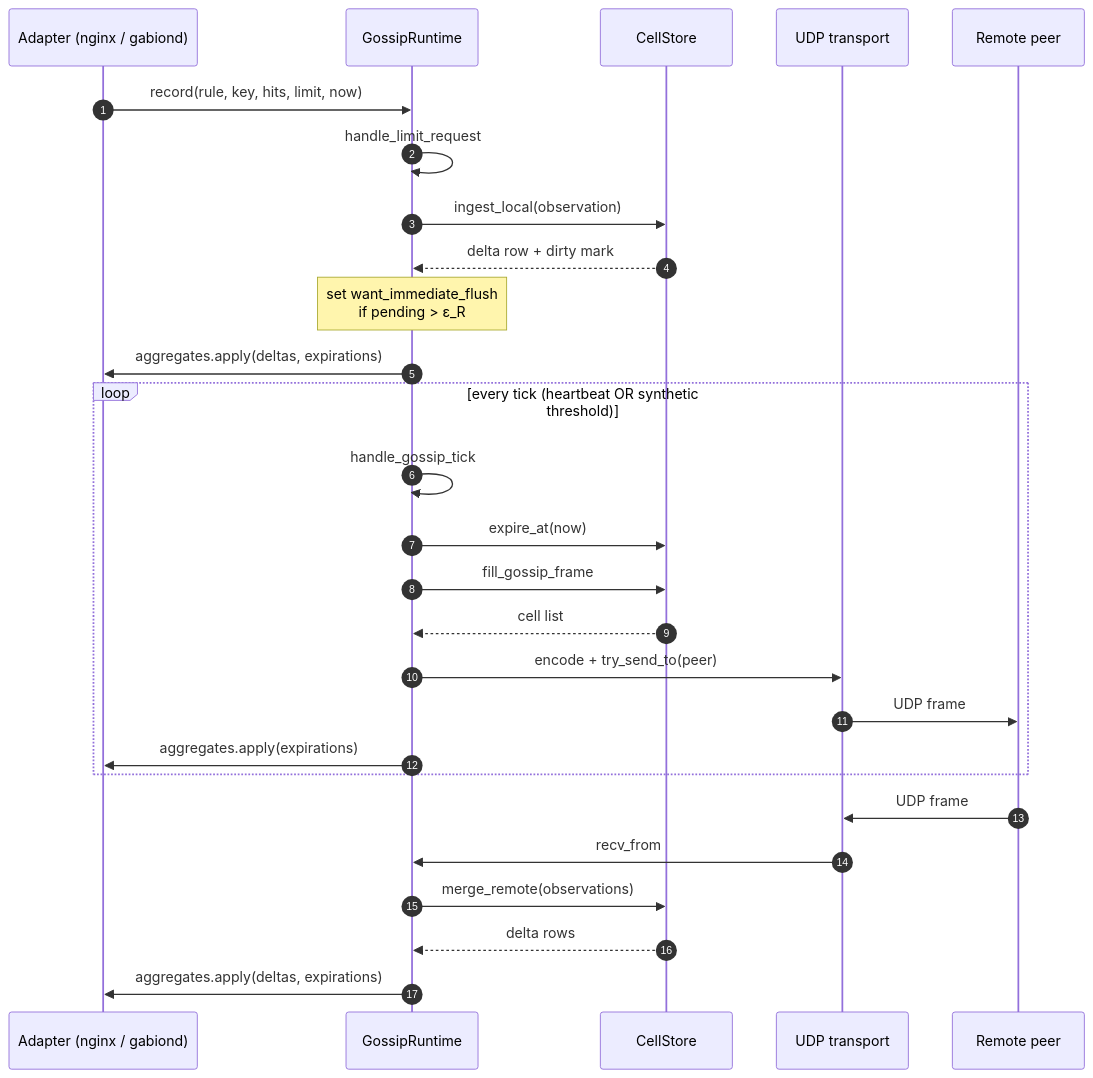
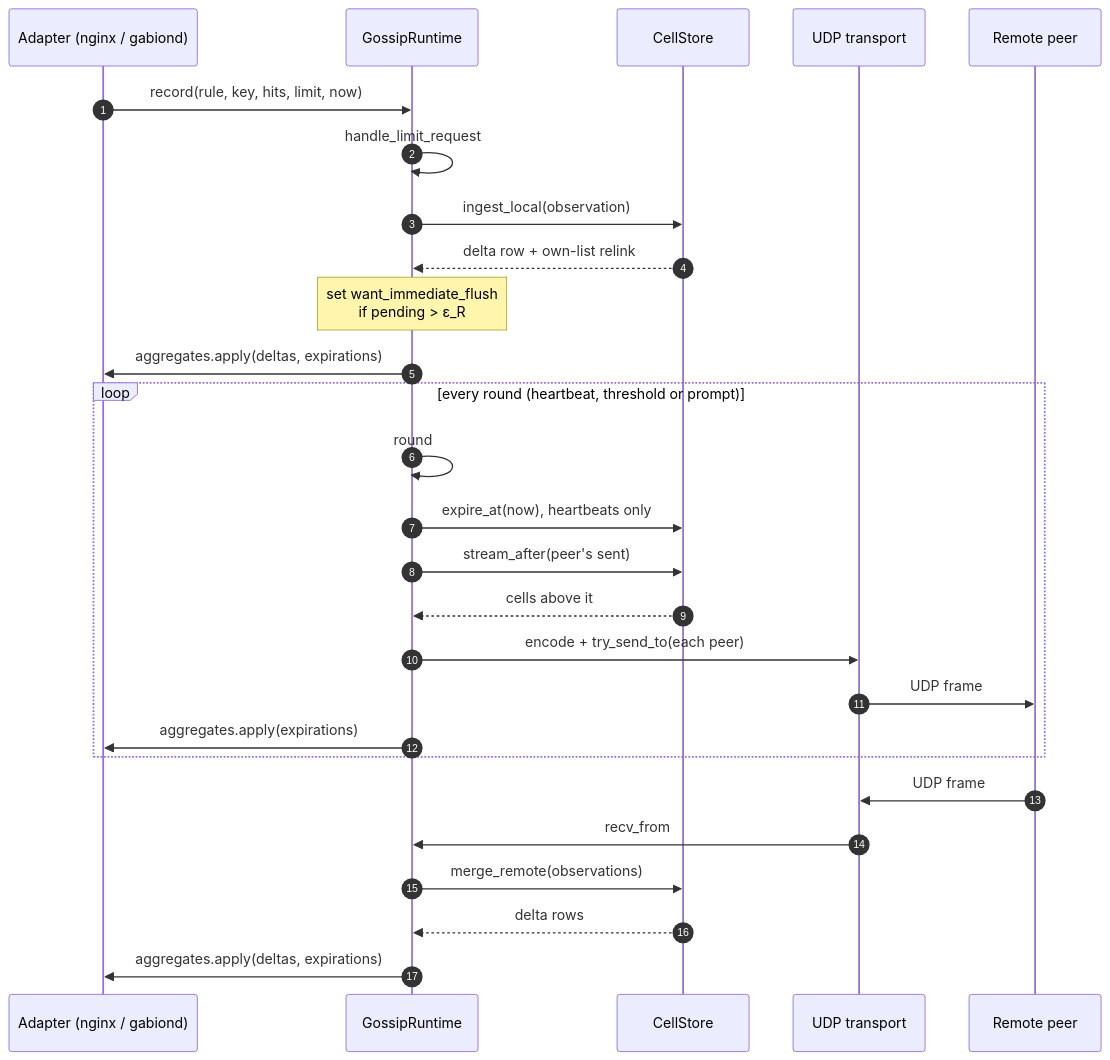
One commit to prosody-events/gabion changed the first of 2 diagrams in crates/gabion/README.md. Above: the diagram before and after it, drawn with Mermaid. The commit also changed other lines of this file and 81 other files, not shown here.

````diff
--- a/crates/gabion/README.md
+++ b/crates/gabion/README.md
@@ -189,32 +192,32 @@
 ```mermaid
 sequenceDiagram
     autonumber
     participant Adapter as Adapter (nginx / gabiond)
     participant Runtime as GossipRuntime
     participant Store as CellStore
     participant Tx as UDP transport
     participant Peer as Remote peer
 
     Adapter->>Runtime: record(rule, key, hits, limit, now)
     Runtime->>Runtime: handle_limit_request
     Runtime->>Store: ingest_local(observation)
-    Store-->>Runtime: delta row + dirty mark
+    Store-->>Runtime: delta row + own-list relink
     Note over Runtime: set want_immediate_flush<br/>if pending > ε_R
     Runtime->>Adapter: aggregates.apply(deltas, expirations)
 
-    loop every tick (heartbeat OR synthetic threshold)
-        Runtime->>Runtime: handle_gossip_tick
-        Runtime->>Store: expire_at(now)
-        Runtime->>Store: fill_gossip_frame
-        Store-->>Runtime: cell list
-        Runtime->>Tx: encode + try_send_to(peer)
+    loop every round (heartbeat, threshold or prompt)
+        Runtime->>Runtime: round
+        Runtime->>Store: expire_at(now), heartbeats only
+        Runtime->>Store: stream_after(peer's sent)
+        Store-->>Runtime: cells above it
+        Runtime->>Tx: encode + try_send_to(each peer)
         Tx->>Peer: UDP frame
         Runtime->>Adapter: aggregates.apply(expirations)
     end
 
     Peer->>Tx: UDP frame
     Tx->>Runtime: recv_from
     Runtime->>Store: merge_remote(observations)
     Store-->>Runtime: delta rows
     Runtime->>Adapter: aggregates.apply(deltas, expirations)
 ```
````
